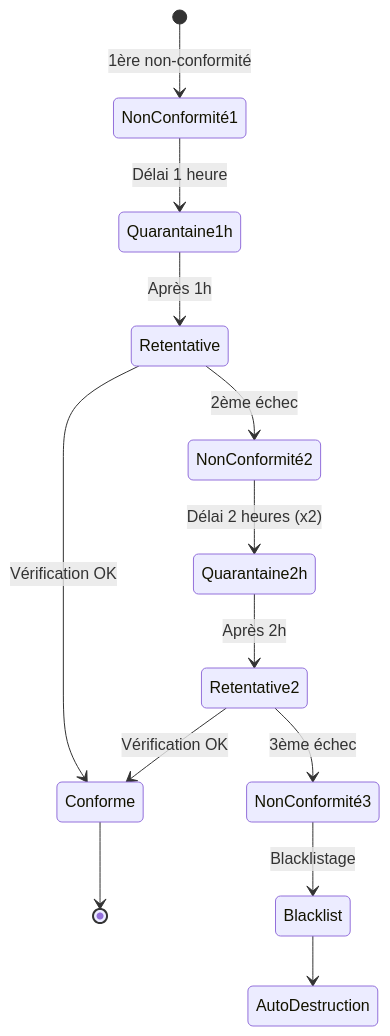
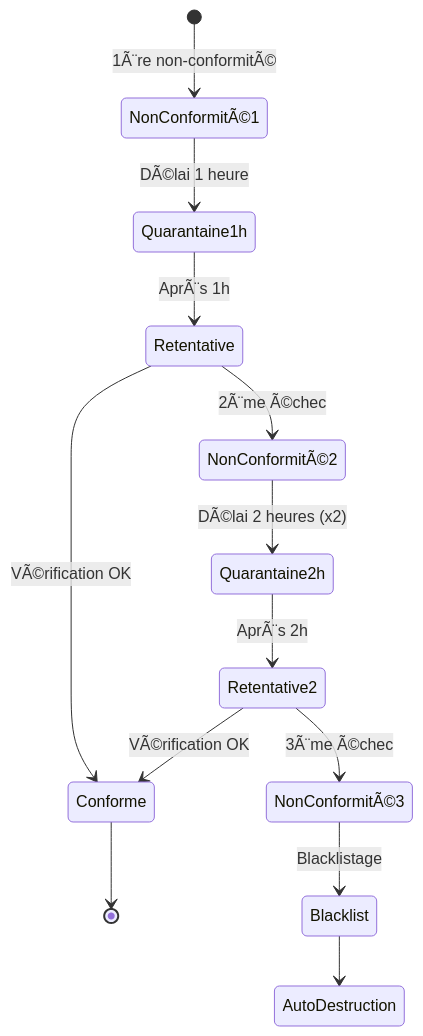
Before and after one commit to StudioMiyukini/miyukini_cog: the first of 5 diagrams in docs/miyukini-webway-system/securite/MWS - Quarantaine et Blacklist.md, drawn with Mermaid. The commit also changed other lines of this file and 1287 other files, not shown here.

````diff
--- a/docs/miyukini-webway-system/securite/MWS - Quarantaine et Blacklist.md
+++ b/docs/miyukini-webway-system/securite/MWS - Quarantaine et Blacklist.md
@@ -42,15 +42,15 @@
 ```mermaid
 stateDiagram-v2
-    [*] --> NonConformité1: 1ère non-conformité
-    NonConformité1 --> Quarantaine1h: Délai 1 heure
-    Quarantaine1h --> Retentative: Après 1h
-    Retentative --> Conforme: Vérification OK
-    Retentative --> NonConformité2: 2ème échec
-    NonConformité2 --> Quarantaine2h: Délai 2 heures (x2)
-    Quarantaine2h --> Retentative2: Après 2h
-    Retentative2 --> Conforme: Vérification OK
-    Retentative2 --> NonConformité3: 3ème échec
-    NonConformité3 --> Blacklist: Blacklistage
+    [*] --> NonConformitÃ©1: 1Ã¨re non-conformitÃ©
+    NonConformitÃ©1 --> Quarantaine1h: DÃ©lai 1 heure
+    Quarantaine1h --> Retentative: AprÃ¨s 1h
+    Retentative --> Conforme: VÃ©rification OK
+    Retentative --> NonConformitÃ©2: 2Ã¨me Ã©chec
+    NonConformitÃ©2 --> Quarantaine2h: DÃ©lai 2 heures (x2)
+    Quarantaine2h --> Retentative2: AprÃ¨s 2h
+    Retentative2 --> Conforme: VÃ©rification OK
+    Retentative2 --> NonConformitÃ©3: 3Ã¨me Ã©chec
+    NonConformitÃ©3 --> Blacklist: Blacklistage
     Conforme --> [*]
     Blacklist --> AutoDestruction
 ```
````
